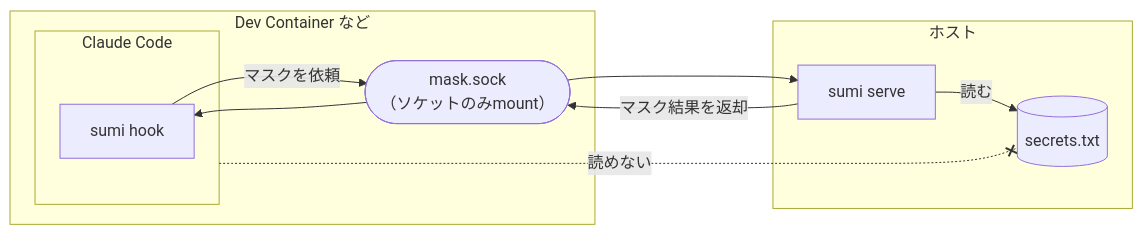
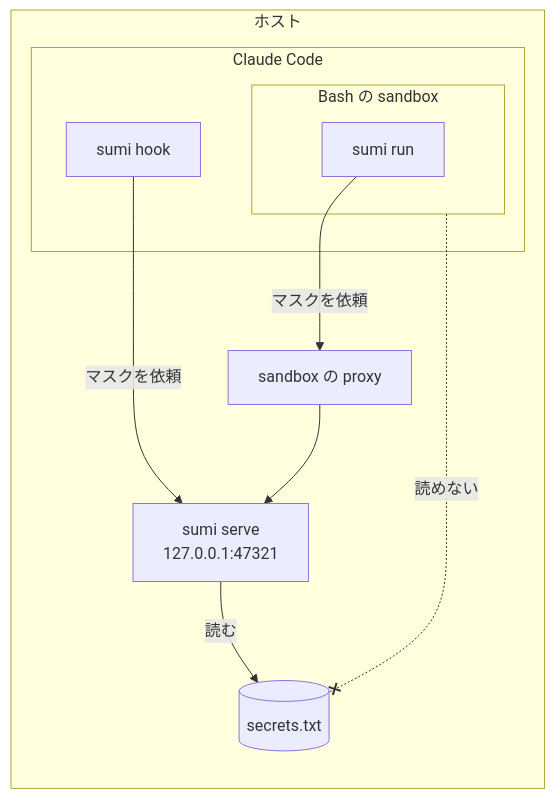
One commit to Hogeyama/nix-agent-sandbox changed the diagram in contrib/sumi/README.md. Above: the diagram before and after it, drawn with Mermaid. The commit also changed other lines of this file, not shown here.

First line of the commit message:
docs(sumi): lead the hidden-secrets setup with Claude Code's sandbox

````diff
--- a/contrib/sumi/README.md
+++ b/contrib/sumi/README.md
@@ -77,18 +77,19 @@
 ```mermaid
 flowchart LR
-  subgraph container["Dev Container など"]
-    subgraph agent["Claude Code"]
+  subgraph host["ホスト"]
+    subgraph claude["Claude Code"]
       hook["sumi hook"]
+      subgraph sandbox["Bash の sandbox"]
+        run["sumi run"]
+      end
     end
-    sock(["mask.sock<br/>（ソケットのみmount）"])
-  end
-  subgraph host["ホスト"]
-    serve["sumi serve"]
+    proxy["sandbox の proxy"]
+    serve["sumi serve<br/>127.0.0.1:47321"]
     secrets[("secrets.txt")]
   end
 
-  hook -- "マスクを依頼" --> sock --> serve
-  serve -- "マスク結果を返却" --> sock --> hook
+  hook -- "マスクを依頼" --> serve
+  run -- "マスクを依頼" --> proxy --> serve
   serve -- "読む" --> secrets
-  agent -. "読めない" .-x secrets
+  sandbox -. "読めない" .-x secrets
 ```
````
